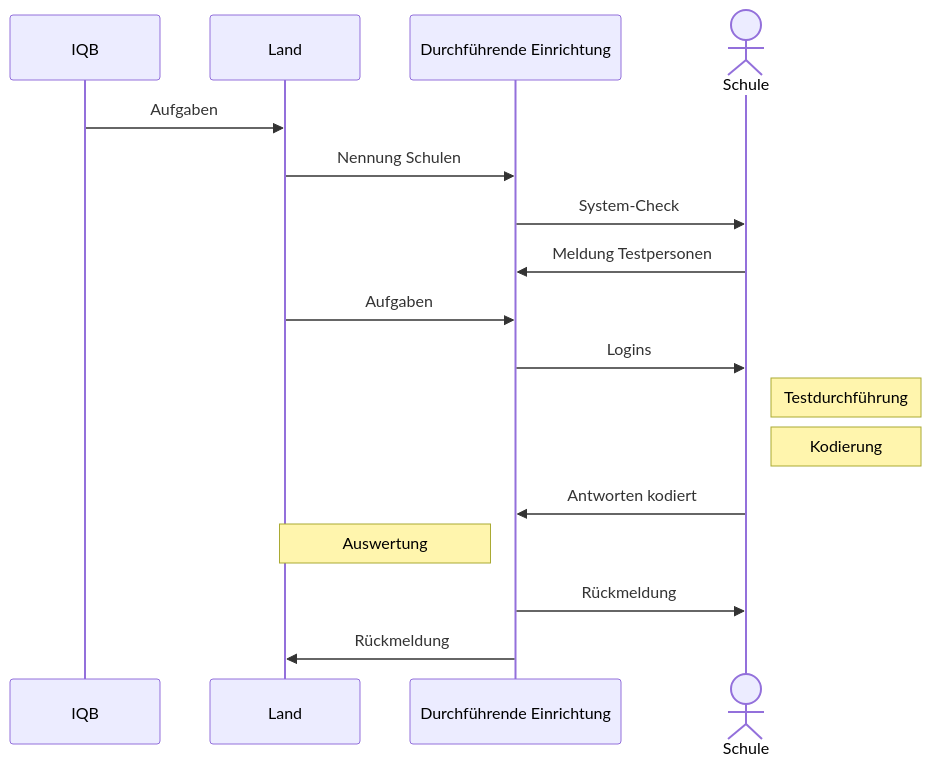
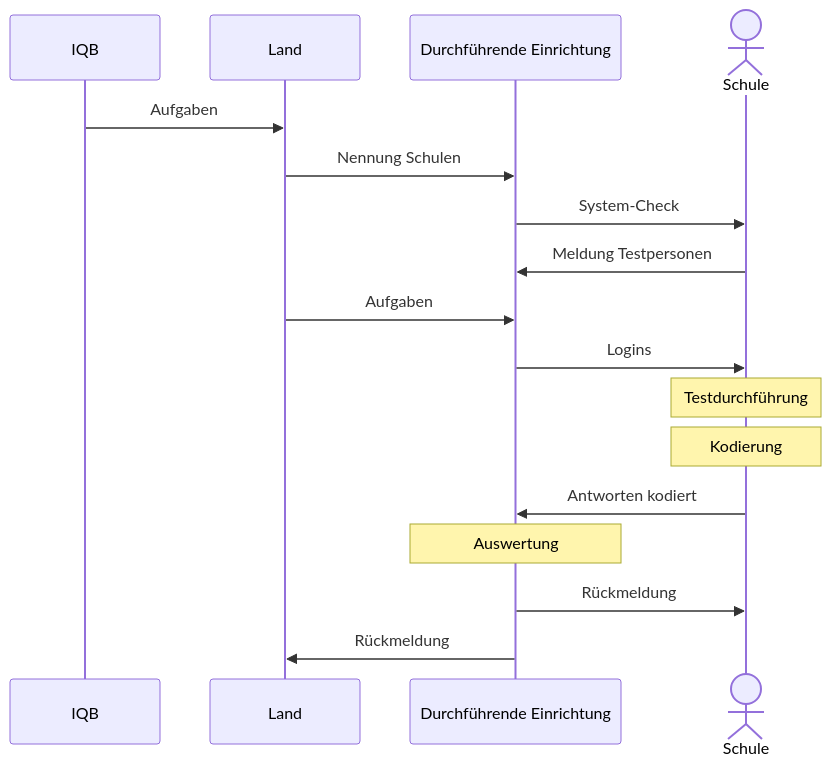
The third of 3 diagrams in intro/tba.qmd (verona-interfaces/verona-interfaces.github.io), drawn with Mermaid before and after one commit. The commit also changed other lines of this file and 4 other files, not shown here.

````diff
--- a/intro/tba.qmd
+++ b/intro/tba.qmd
@@ -95,19 +95,19 @@
 ```{mermaid}
 sequenceDiagram
     participant IQB
     participant Land
     participant DE as Durchführende Einrichtung
     Actor Schule
     IQB->>Land: Aufgaben
     Land->>DE: Nennung Schulen
     DE->>Schule: System-Check
     Schule->>DE: Meldung Testpersonen
     Land->>DE: Aufgaben
     DE->>Schule: Logins
-    note right of Schule: Testdurchführung
-    note right of Schule: Kodierung
+    note over Schule: Testdurchführung
+    note over Schule: Kodierung
     Schule->>DE: Antworten kodiert
-    note left of DE: Auswertung
+    note over DE: Auswertung
     DE->>Schule: Rückmeldung
     DE->>Land: Rückmeldung
 ```
````
